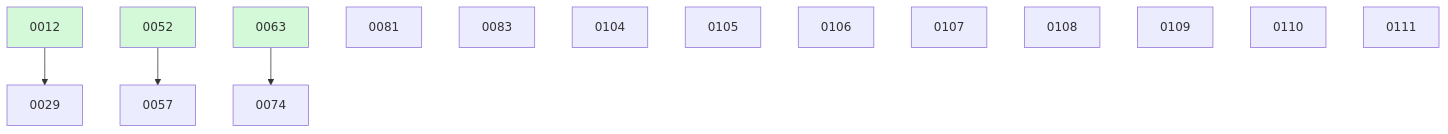
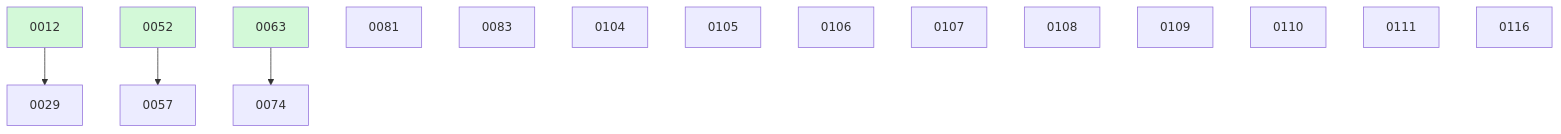
The diagram in docs/changes/BOARD.md (ethanhinson/fuse), drawn with Mermaid before and after one commit. The commit also changed other lines of this file and 1 other file, not shown here.

````diff
--- a/docs/changes/BOARD.md
+++ b/docs/changes/BOARD.md
@@ -33,20 +34,21 @@
 ```mermaid
 graph TD
   0012 --> 0029
   0052 --> 0057
   0063 --> 0074
   0081
   0083
   0104
   0105
   0106
   0107
   0108
   0109
   0110
   0111
+  0116
   0012:::done
   0052:::done
   0063:::done
   classDef done fill:#d3f9d8;
 ```
````
